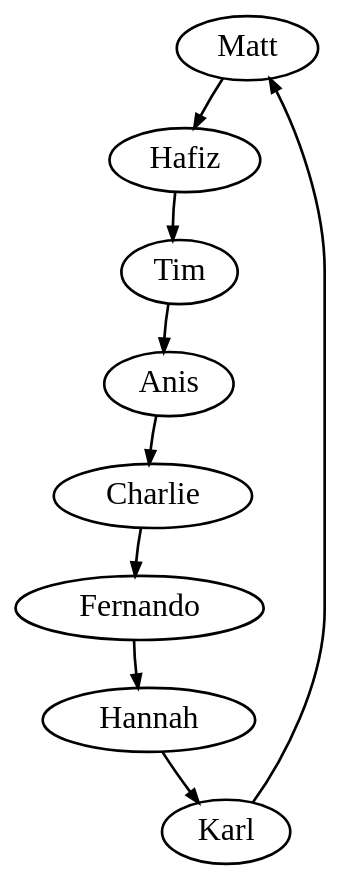
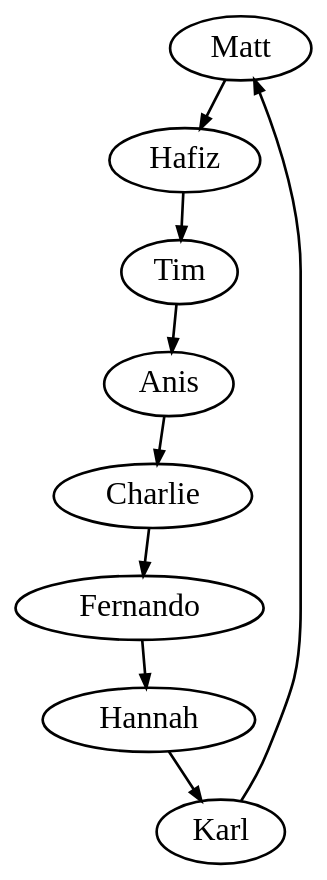
Before and after one commit to create-ensemble/feedback: the diagram in diagram/presentation/forward_ring.dot, drawn with Graphviz. The commit also changed 11 other files, not shown here.

Commit message:
presentation diagrams

```diff
--- a/diagram/presentation/forward_ring.dot
+++ b/diagram/presentation/forward_ring.dot
@@ -1,5 +1,13 @@
 digraph forward_ring {
   edge [penwidth=2] node [penwidth=2, fontsize=24]
+  Matt     [pos="527.681,-98.5215"]
+  Hafiz    [pos="327.075,-15.4274"]
+  Karl     [pos="610.776,-299.128"]
+  Tim      [pos="126.468,-98.5215"]
+  Anis     [pos="43.3738,-299.128"]
+  Charlie  [pos="126.468,-499.735"]
+  Fernando [pos="327.075,-582.829"]
+  Hannah   [pos="527.681,-499.735"]
+
   Matt -> Hafiz -> Tim -> Anis -> Charlie -> Fernando -> Hannah -> Karl -> Matt
-  Matt -> Karl -> Hannah -> Fernando -> Charlie -> Anis -> Tim -> Hafiz -> Matt [style=invis]
 }
```
